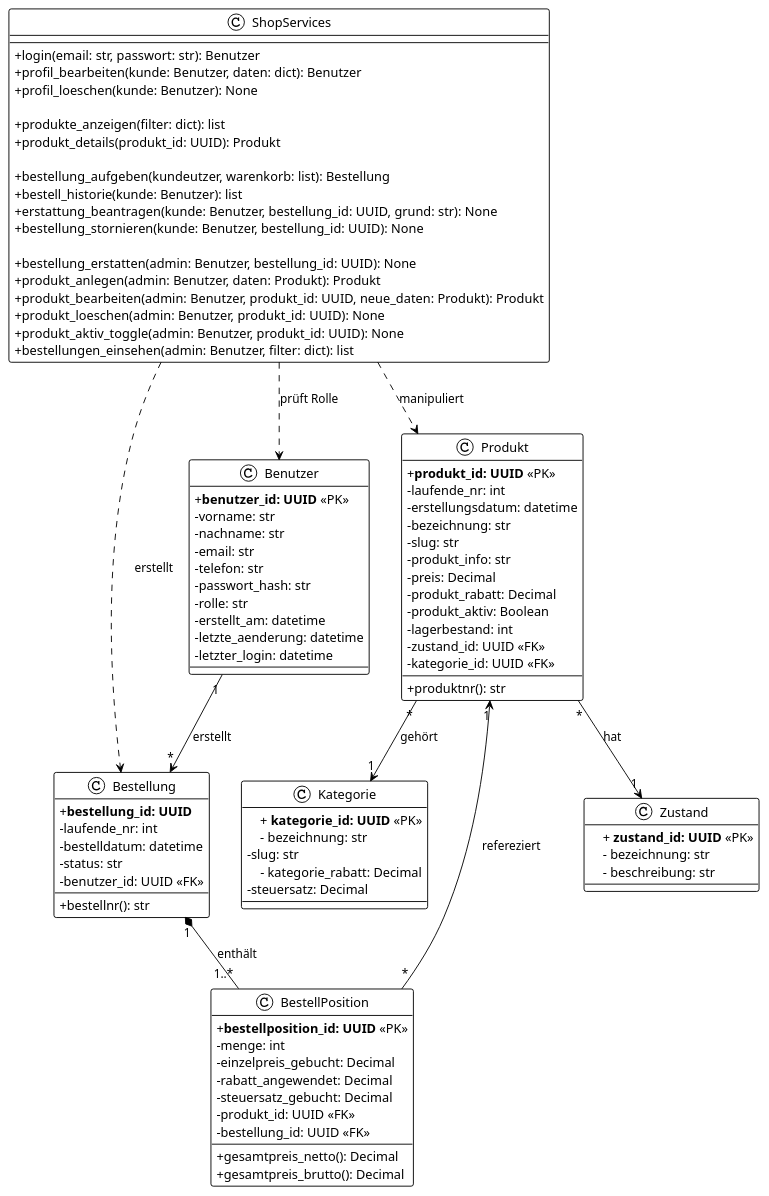
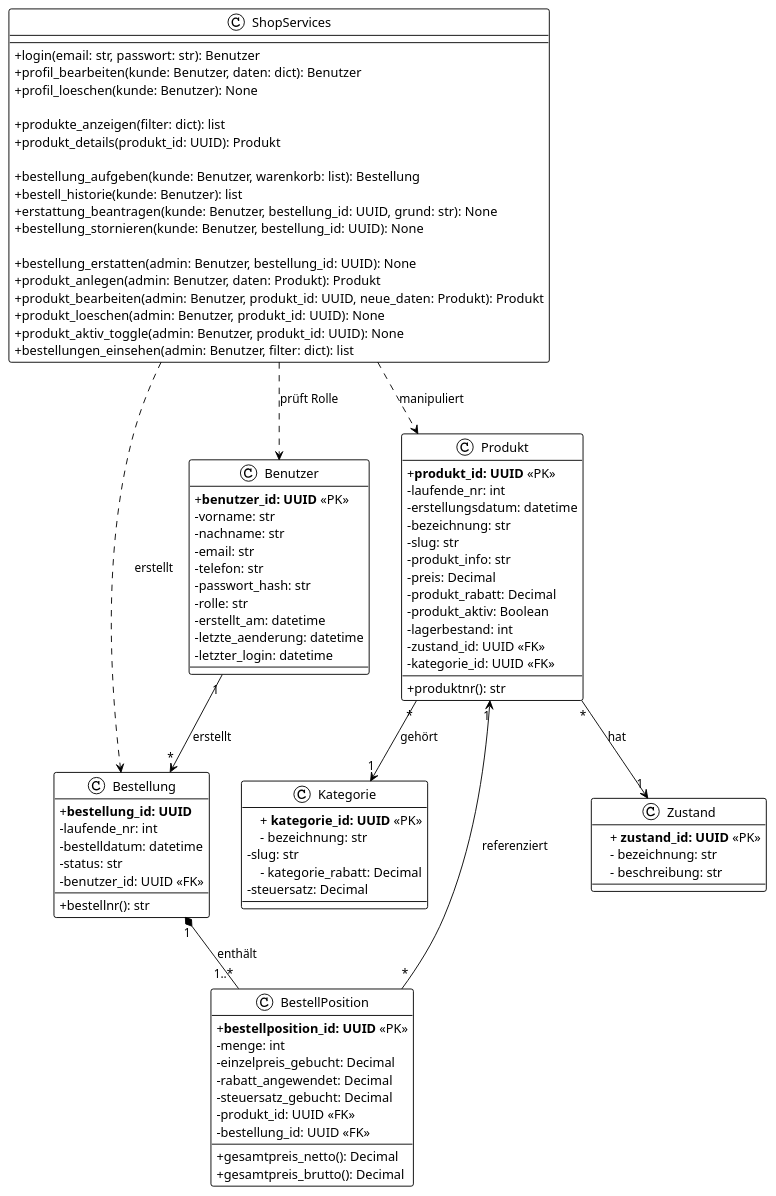
Before and after one commit to marcelo-ruediger/thriftshop: the fifth of 5 diagrams in docs/thriftshop_dokumentation.md, drawn with PlantUML. The commit also changed other lines of this file and 7 other files, not shown here.

Commit message:
documentation links fixed to display images, .gitignore updated, produktDAO, bestellungDAO and benutzerDAO done

```diff
--- a/docs/thriftshop_dokumentation.md
+++ b/docs/thriftshop_dokumentation.md
@@ -487,7 +524,7 @@
     + produkt_details(produkt_id: UUID): Produkt
 
     ' --- Bestellprozess ---
-    + bestellung_aufgeben(kundeutzer, warenkorb: list): Bestellung
+    + bestellung_aufgeben(kunde: Benutzer, warenkorb: list): Bestellung
     + bestell_historie(kunde: Benutzer): list
     + erstattung_beantragen(kunde: Benutzer, bestellung_id: UUID, grund: str): None
     + bestellung_stornieren(kunde: Benutzer, bestellung_id: UUID): None
@@ -504,7 +541,7 @@
 ' --- BEZIEHUNGEN ---
 Benutzer "1" --> "*" Bestellung : erstellt
 Bestellung "1" *-- "1..*" BestellPosition : enthält
-Produkt "1" <-- "*" BestellPosition : refereziert
+Produkt "1" <-- "*" BestellPosition : referenziert
 Produkt "*" --> "1" Kategorie : gehört
 Produkt "*" --> "1" Zustand : hat
 
```
